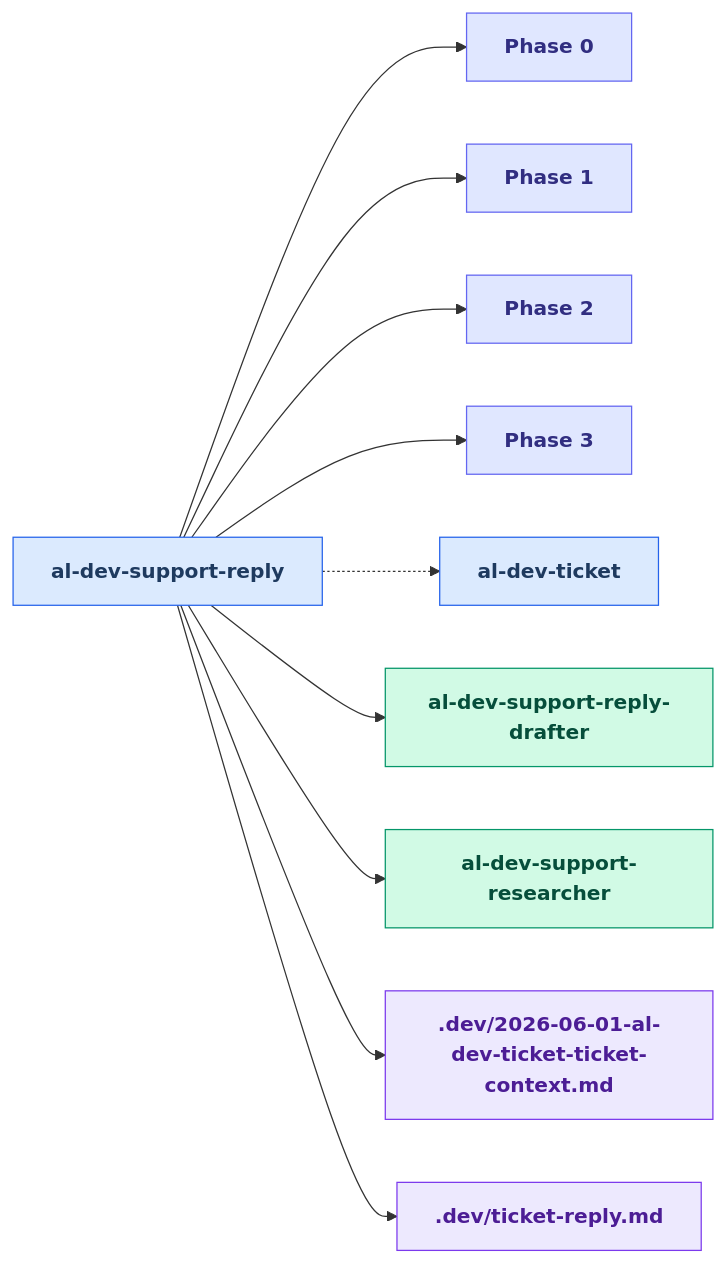
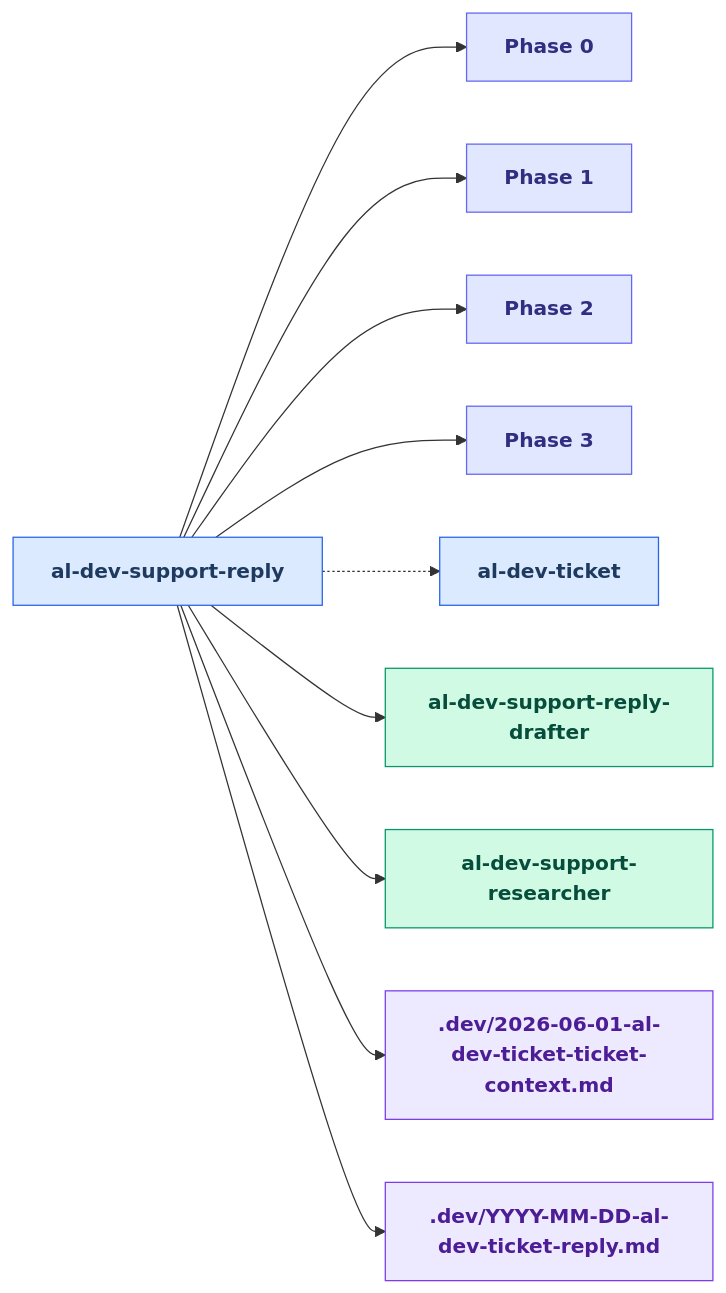
The third of 25 diagrams in docs/al-dev-skills-map.md (russell-laing/al-dev-shared), drawn with Mermaid before and after one commit. The commit also changed other lines of this file and 3 other files, not shown here.

````diff
--- a/docs/al-dev-skills-map.md
+++ b/docs/al-dev-skills-map.md
@@ -143,40 +143,40 @@
 ```mermaid
 flowchart LR
     classDef skillNode fill:#dbeafe,stroke:#2563eb,color:#1e3a5f,font-weight:bold
     classDef agentNode fill:#d1fae5,stroke:#059669,color:#064e3b,font-weight:bold
     classDef knowledgeNode fill:#fef3c7,stroke:#d97706,color:#78350f,font-weight:bold
     classDef artifactNode fill:#ede9fe,stroke:#7c3aed,color:#4c1d95,font-weight:bold
     classDef phaseNode fill:#e0e7ff,stroke:#6366f1,color:#312e81,font-weight:bold
 
     skill_al_dev_support_reply[al-dev-support-reply]
     Phase0["Phase 0"]
     Phase1["Phase 1"]
     Phase2["Phase 2"]
     Phase3["Phase 3"]
     skill_al_dev_ticket[al-dev-ticket]
     agent_al_dev_support_reply_drafter[al-dev-support-reply-drafter]
     agent_al_dev_support_researcher[al-dev-support-researcher]
     artifact_2026_06_01_al_dev_ticket_ticket_context_md[.dev/2026-06-01-al-dev-ticket-ticket-context.md]
-    artifact_ticket_reply_md[.dev/ticket-reply.md]
+    artifact_YYYY_MM_DD_al_dev_ticket_reply_md[.dev/YYYY-MM-DD-al-dev-ticket-reply.md]
 
     skill_al_dev_support_reply --> Phase0
     skill_al_dev_support_reply --> Phase1
     skill_al_dev_support_reply --> Phase2
     skill_al_dev_support_reply --> Phase3
     skill_al_dev_support_reply -.-> skill_al_dev_ticket
     skill_al_dev_support_reply --> agent_al_dev_support_reply_drafter
     skill_al_dev_support_reply --> agent_al_dev_support_researcher
     skill_al_dev_support_reply --> artifact_2026_06_01_al_dev_ticket_ticket_context_md
-    skill_al_dev_support_reply --> artifact_ticket_reply_md
+    skill_al_dev_support_reply --> artifact_YYYY_MM_DD_al_dev_ticket_reply_md
 
     class skill_al_dev_support_reply skillNode
     class Phase0 phaseNode
     class Phase1 phaseNode
     class Phase2 phaseNode
     class Phase3 phaseNode
     class skill_al_dev_ticket skillNode
     class agent_al_dev_support_reply_drafter agentNode
     class agent_al_dev_support_researcher agentNode
     class artifact_2026_06_01_al_dev_ticket_ticket_context_md artifactNode
-    class artifact_ticket_reply_md artifactNode
+    class artifact_YYYY_MM_DD_al_dev_ticket_reply_md artifactNode
 ```
````
